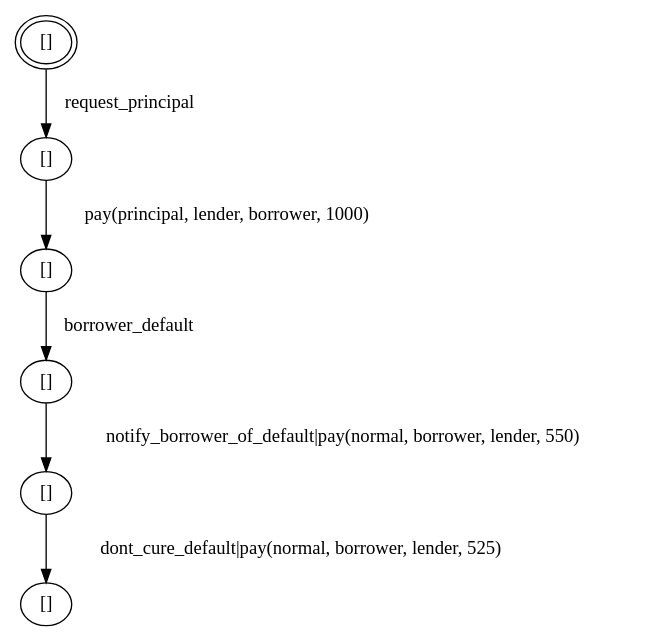
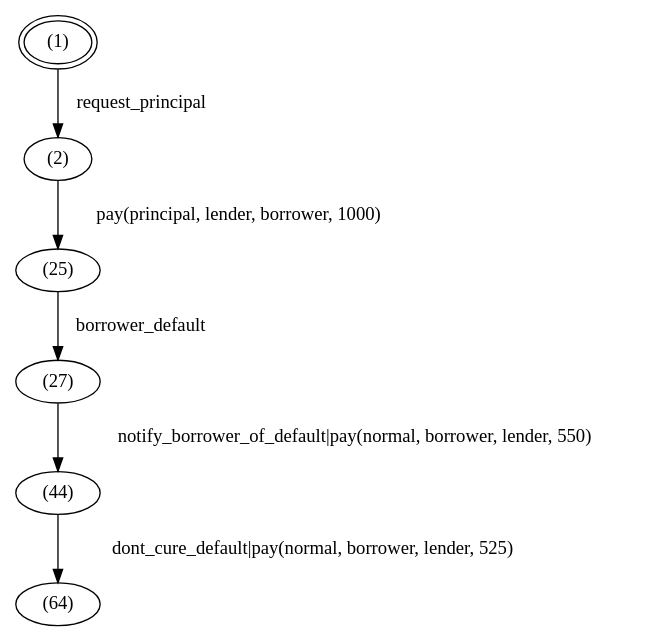
Before and after one commit to smucclaw/sandbox: the diagram in joe/mcrl2/projects/contract_as_automaton/workdir/verification_evidence/deadlock_free/deadlock_free.evidence.dot, drawn with Graphviz. The commit also changed 33 other files, not shown here.

```diff
--- a/joe/mcrl2/projects/contract_as_automaton/workdir/verification_evidence/deadlock_free/deadlock_free.evidence.dot
+++ b/joe/mcrl2/projects/contract_as_automaton/workdir/verification_evidence/deadlock_free/deadlock_free.evidence.dot
@@ -1,18 +1,18 @@
 digraph G {
 center = TRUE;
 mclimit = 10.0;
 nodesep = 0.05;
 node [ width=0.25, height=0.25, label="" ];
-s0 [ peripheries=2 ];
-s0 [label="[]"];
-s1 [label="[]"];
-s2 [label="[]"];
-s3 [label="[]"];
-s4 [label="[]"];
-s5 [label="[]"];
-s0->s1[label="request_principal"];
-s1->s2[label="pay(principal, lender, borrower, 1000)"];
-s2->s3[label="borrower_default"];
-s3->s4[label="notify_borrower_of_default|pay(normal, borrower, lender, 550)"];
-s4->s5[label="dont_cure_default|pay(normal, borrower, lender, 525)"];
+s5 [ peripheries=2 ];
+s0 [label="(2)"];
+s1 [label="(64)"];
+s2 [label="(44)"];
+s3 [label="(27)"];
+s4 [label="(25)"];
+s5 [label="(1)"];
+s5->s0[label="request_principal"];
+s0->s4[label="pay(principal, lender, borrower, 1000)"];
+s4->s3[label="borrower_default"];
+s3->s2[label="notify_borrower_of_default|pay(normal, borrower, lender, 550)"];
+s2->s1[label="dont_cure_default|pay(normal, borrower, lender, 525)"];
 }
```
